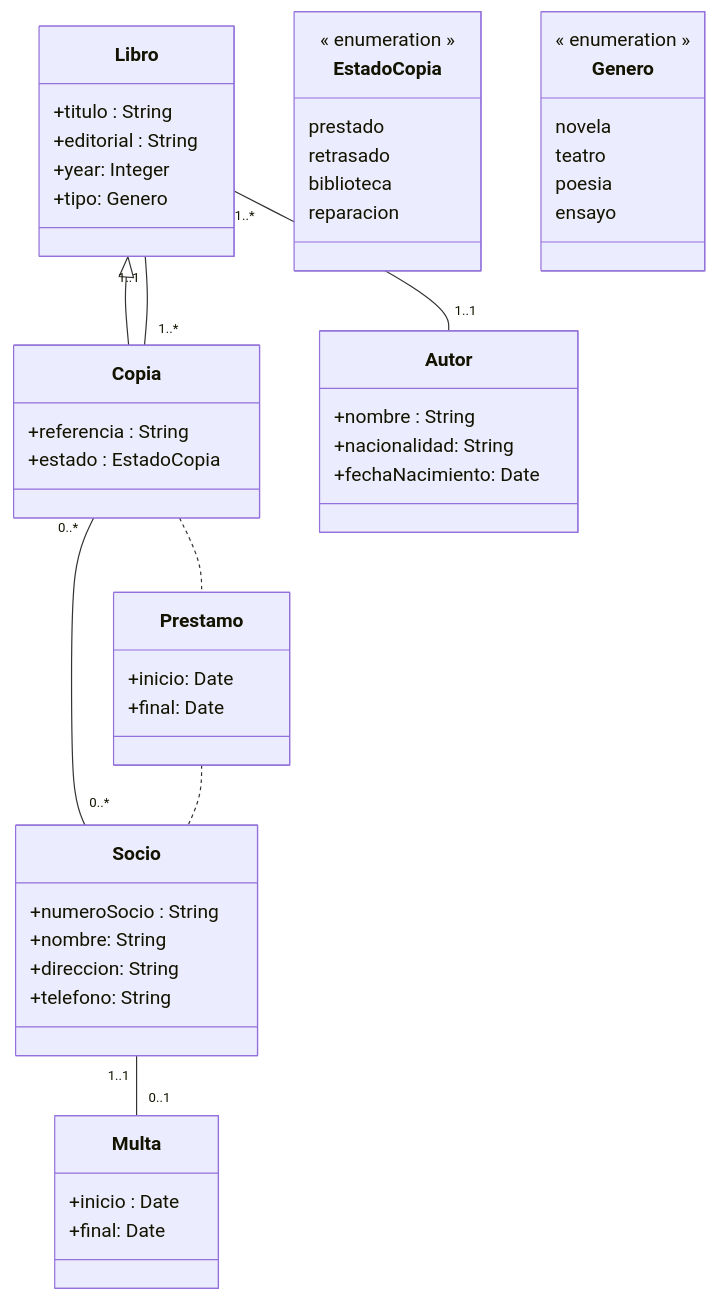
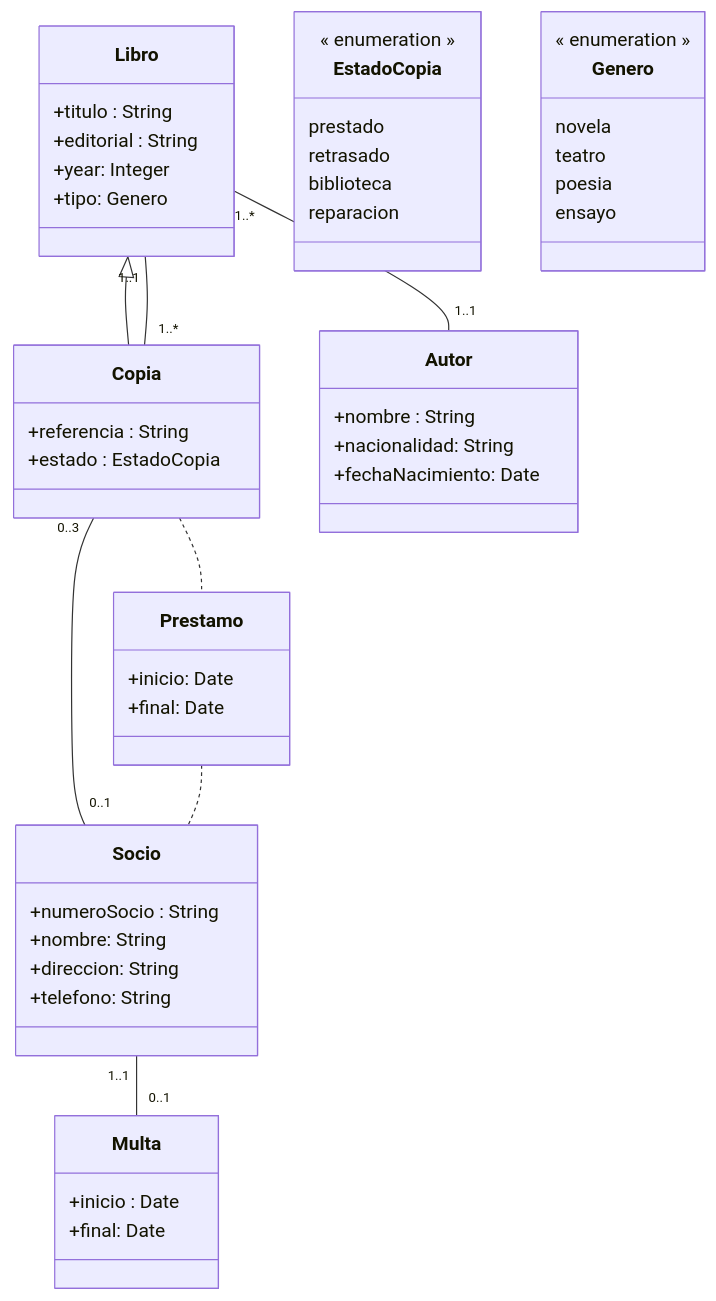
Before and after one commit to mgi007/CoverageJUnitENTORNOS_DESARROLLO: the diagram in src/markdown/Practica2_Markdown.md, drawn with Mermaid.

Commit message:
cambiossssss

````diff
--- a/src/markdown/Practica2_Markdown.md
+++ b/src/markdown/Practica2_Markdown.md
@@ -3,68 +3,68 @@
 ``` mermaid
 classDiagram
 
     Libro <|-- Copia
     
     
     Libro "1..*" -- "1..1" Autor
     Libro "1..1" -- "1..*" Copia
-    Copia "0..*" -- "0..*" Socio
+    Copia "0..3" -- "0..1" Socio
 
     Copia .. Prestamo
     Prestamo .. Socio
     
     Socio "1..1" -- "0..1" Multa
     
     class Libro {
         +titulo : String
         +editorial : String
         +year: Integer
         +tipo: Genero
     }
 
     class Copia {
         +referencia : String
         +estado : EstadoCopia
     }
 
     class Socio {
         +numeroSocio : String
         +nombre: String
         +direccion: String
         +telefono: String
     }
 
     class Multa {
         +inicio : Date
         +final: Date
     }
 
     class Autor {
         +nombre : String
         +nacionalidad: String
         +fechaNacimiento: Date
     }
 
     class Prestamo {
         +inicio: Date
         +final: Date
     }
 
     class EstadoCopia {
         << enumeration >>
         prestado
         retrasado
         biblioteca
         reparacion
     }
 
 class Genero {
         << enumeration >>
         novela
         teatro
         poesia
         ensayo
     }
 
 
 ```
````
